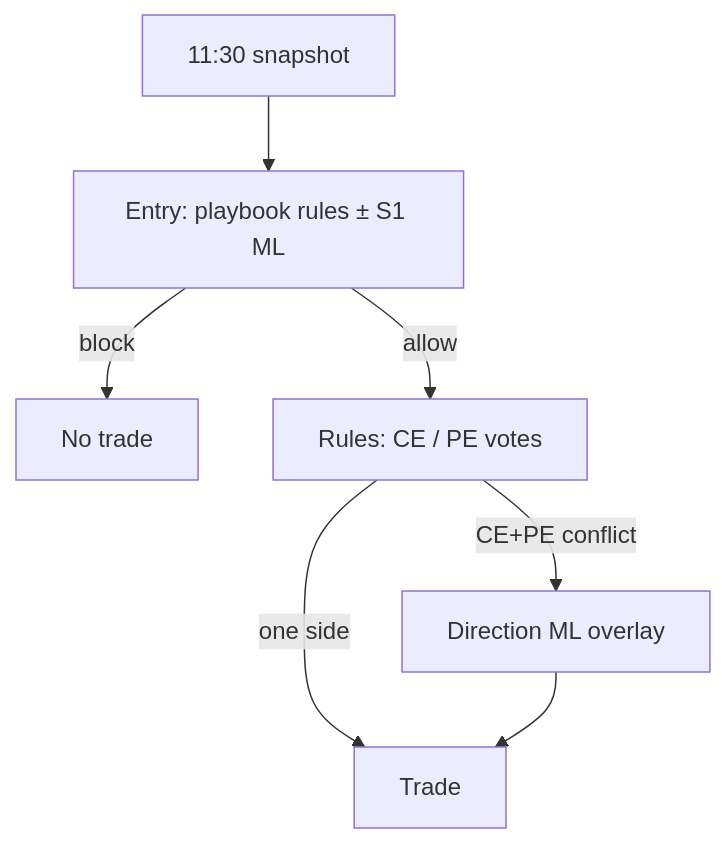
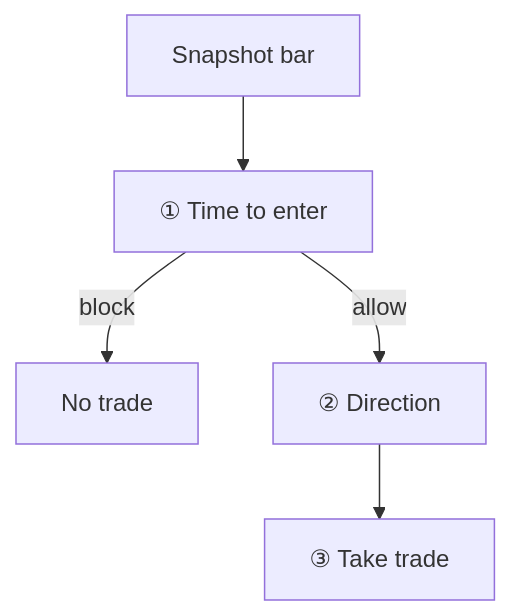
The second of 2 diagrams in docs/ENTRY_AND_DIRECTION.md (amitsajwan/option_trading), drawn with Mermaid before and after one commit. The commit also changed other lines of this file and 4 other files, not shown here.

````diff
--- a/docs/ENTRY_AND_DIRECTION.md
+++ b/docs/ENTRY_AND_DIRECTION.md
@@ -5,9 +48,7 @@
 ```mermaid
 flowchart TD
-  A[11:30 snapshot] --> B[Entry: playbook rules ± S1 ML]
+  A[Snapshot bar] --> B["① Time to enter"]
   B -->|block| Z[No trade]
-  B -->|allow| C[Rules: CE / PE votes]
-  C -->|one side| D[Trade]
-  C -->|CE+PE conflict| E[Direction ML overlay]
-  E --> D
+  B -->|allow| C["② Direction"]
+  C --> D["③ Take trade"]
 ```
````
